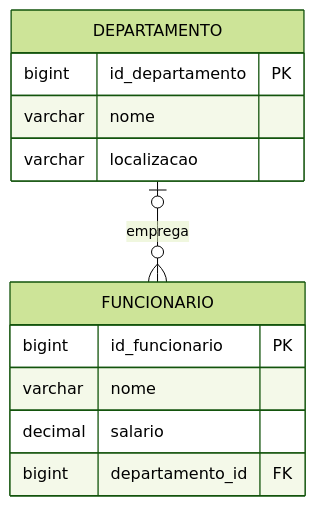
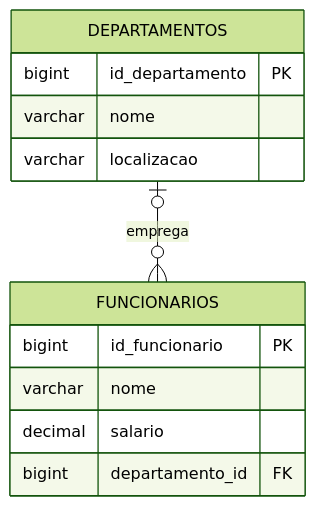
Before and after one commit to DSM-Fatec-Jahu/Banco-de-Dados-Relacional-IBD015: the fourth of 12 diagrams in aulas/Cardinalidade_MER_Completo.md, drawn with Mermaid (forest theme). The commit also changed other lines of this file and 1 other file, not shown here.

````diff
--- a/aulas/Cardinalidade_MER_Completo.md
+++ b/aulas/Cardinalidade_MER_Completo.md
@@ -246,17 +246,17 @@
 ```mermaid
 erDiagram
-    DEPARTAMENTO {
+    DEPARTAMENTOS {
         bigint id_departamento PK
         varchar nome
         varchar localizacao
     }
 
-    FUNCIONARIO {
+    FUNCIONARIOS {
         bigint id_funcionario PK
         varchar nome
         decimal salario
         bigint departamento_id FK
     }
 
-    DEPARTAMENTO |o--o{ FUNCIONARIO : "emprega"
+    DEPARTAMENTOS |o--o{ FUNCIONARIOS : "emprega"
 ```
````
